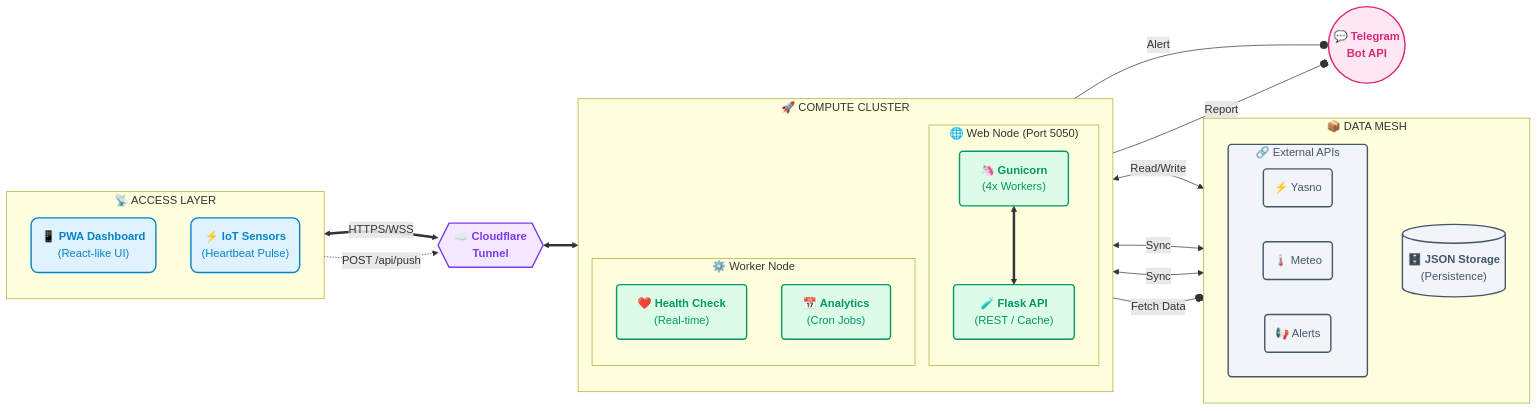
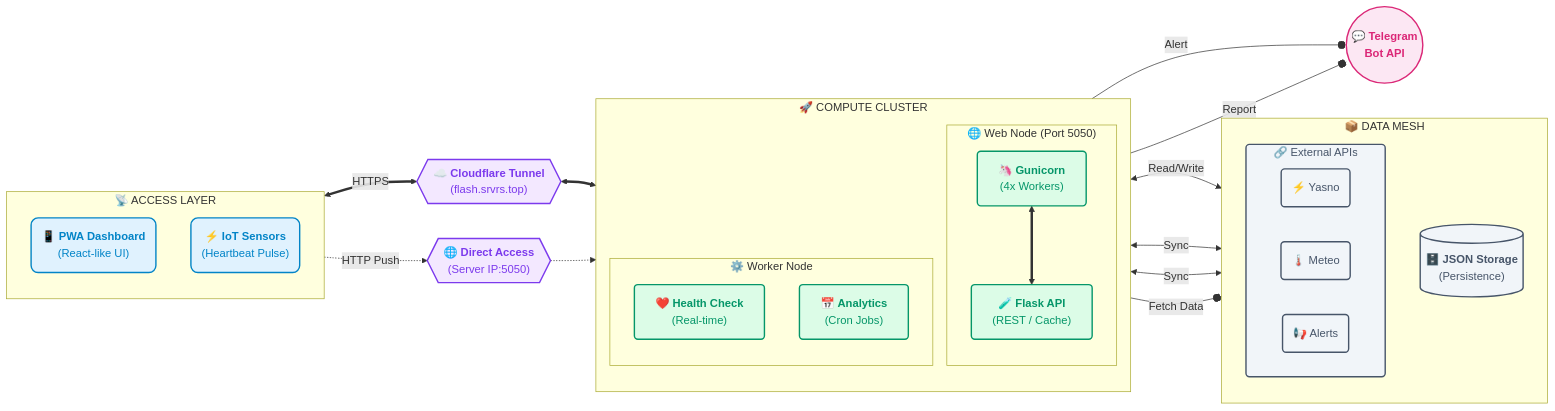
One commit to weby-homelab/flash-monitor-kyiv changed the diagram in README.md. Above: the diagram before and after it, drawn with Mermaid.

Commit message:
Docs: update architecture diagram to show direct IP access for IoT

````diff
--- a/README.md
+++ b/README.md
@@ -62,71 +62,75 @@
 ```mermaid
 flowchart LR
     %% -- Global Styles --
     classDef client fill:#e0f2fe,stroke:#0284c7,stroke-width:2px,color:#0284c7,rx:10,ry:10
     classDef gateway fill:#f3e8ff,stroke:#7c3aed,stroke-width:2px,color:#7c3aed,rx:5,ry:5
     classDef core fill:#dcfce7,stroke:#059669,stroke-width:2px,color:#059669,rx:5,ry:5
     classDef infra fill:#f1f5f9,stroke:#475569,stroke-width:2px,color:#475569,rx:5,ry:5
     classDef external fill:#fce7f3,stroke:#db2777,stroke-width:2px,color:#db2777,rx:5,ry:5
 
     %% -- 1. ACCESS LAYER --
     subgraph Access ["📡 ACCESS LAYER"]
         direction TB
         User("📱 <b>PWA Dashboard</b><br/>(React-like UI)")
         IoT("⚡ <b>IoT Sensors</b><br/>(Heartbeat Pulse)")
     end
 
-    %% -- 2. NETWORK --
-    Tunnel{{"☁️ <b>Cloudflare<br/>Tunnel</b>"}}
+    %% -- 2. NETWORK & ROUTING --
+    Tunnel{{"☁️ <b>Cloudflare Tunnel</b><br/>(flash.srvrs.top)"}}
+    DirectConnect{{"🌐 <b>Direct Access</b><br/>(Server IP:5050)"}}
 
     %% -- 3. COMPUTE LAYER (Docker) --
     subgraph Compute ["🚀 COMPUTE CLUSTER"]
         direction TB
         
         subgraph WebNode ["🌐 Web Node (Port 5050)"]
             Gunicorn["🦄 <b>Gunicorn</b><br/>(4x Workers)"]
             Flask["🧪 <b>Flask API</b><br/>(REST / Cache)"]
         end
 
         subgraph WorkerNode ["⚙️ Worker Node"]
             Monitor["❤️ <b>Health Check</b><br/>(Real-time)"]
             Scheduler["📅 <b>Analytics</b><br/>(Cron Jobs)"]
         end
     end
 
     %% -- 4. DATA & INTEGRATION --
     subgraph DataMesh ["📦 DATA MESH"]
         direction TB
         JSON[("🗄️ <b>JSON Storage</b><br/>(Persistence)")]
         
         subgraph APIs ["🔗 External APIs"]
             direction LR
             Yasno(⚡ Yasno)
             Meteo(🌡️ Meteo)
             Alerts(📢 Alerts)
         end
     end
 
     %% -- 5. NOTIFICATION --
     Telegram(("💬 <b>Telegram<br/>Bot API</b>"))
 
     %% -- FLOWS --
-    User <==>|HTTPS/WSS| Tunnel
-    IoT -.->|POST /api/push| Tunnel
+    User <==>|HTTPS| Tunnel
+    Tunnel <==> Gunicorn
     
-    Tunnel <==> Gunicorn
+    IoT -.->|HTTP Push| DirectConnect
+    DirectConnect -.-> Gunicorn
+    
     Gunicorn <==> Flask
     
     Flask <-->|Read/Write| JSON
     Monitor & Scheduler <-->|Sync| JSON
     
     Flask --o|Fetch Data| APIs
     Monitor --o|Alert| Telegram
     Scheduler --o|Report| Telegram
 
     %% -- STYLING --
-    class User,IoT client
-    class Tunnel gateway
+    class User client
+    class IoT client
+    class Tunnel,DirectConnect gateway
     class Gunicorn,Flask,Monitor,Scheduler core
     class JSON,APIs,Yasno,Meteo,Alerts infra
     class Telegram external
 ```
````
